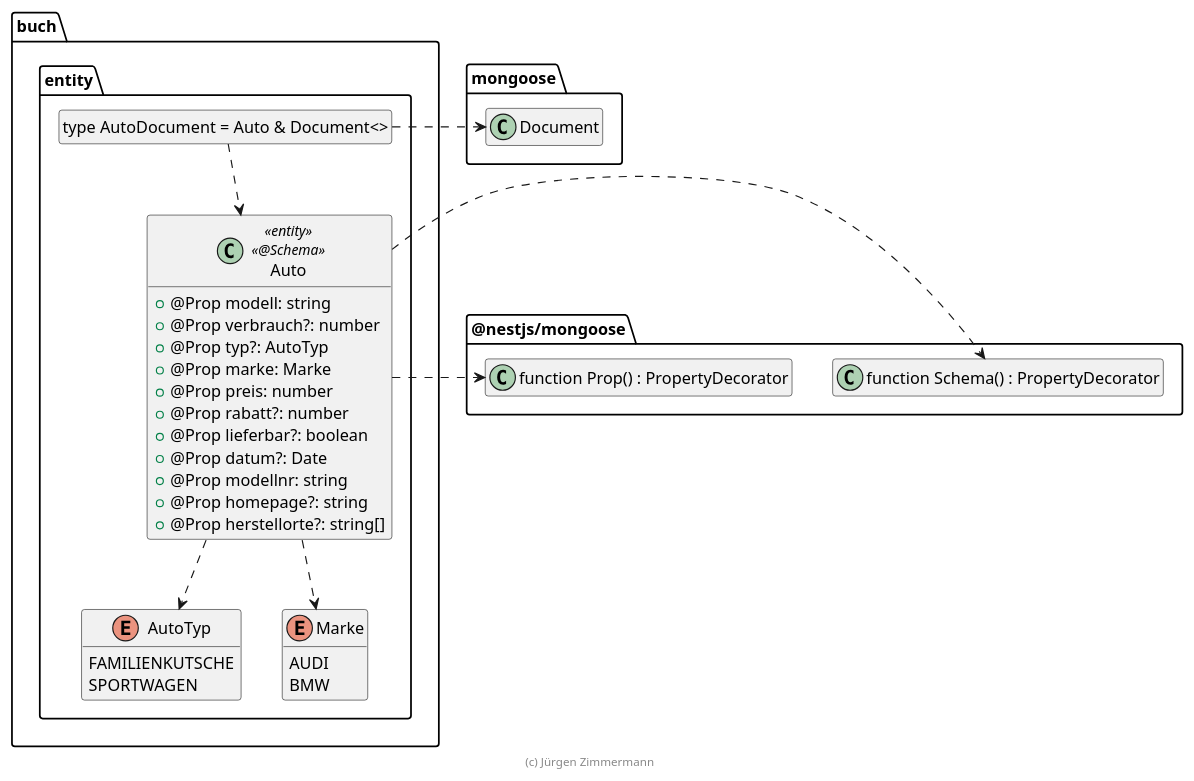
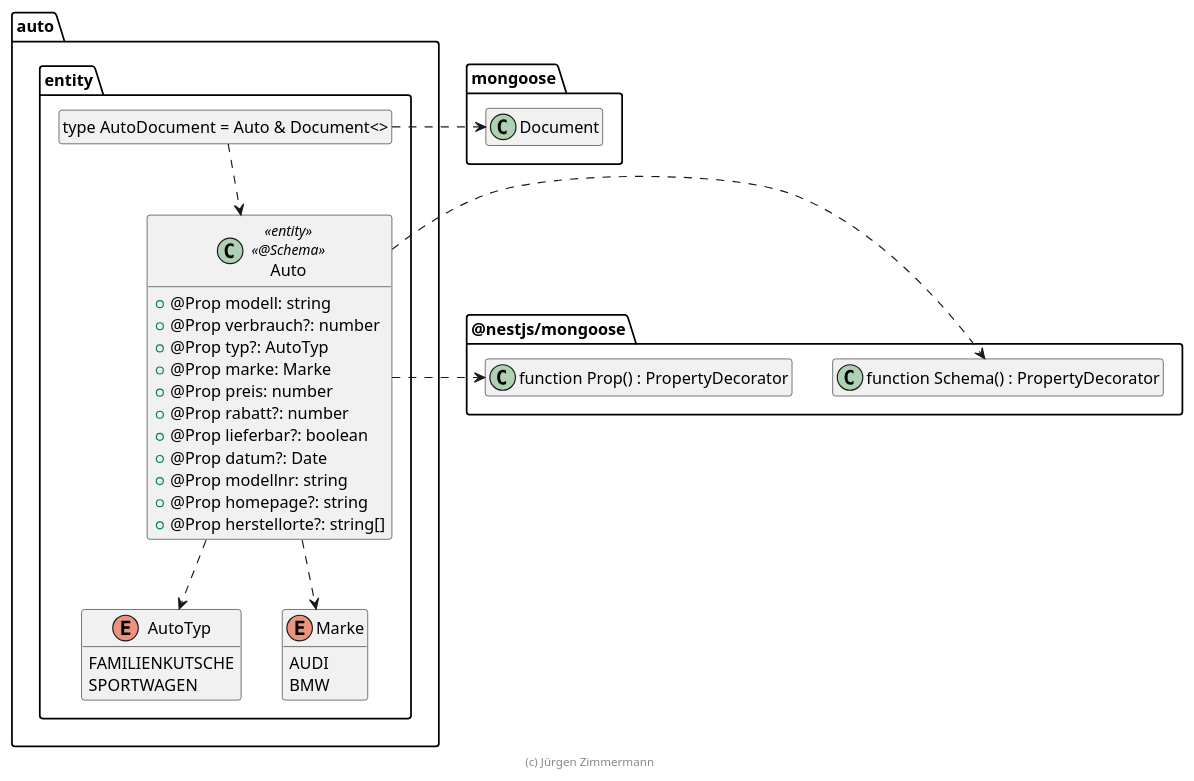
Before and after one commit to jensettl/nest_swe: the diagram in extras/doc/entwicklerhandbuch/Auto.puml, drawn with PlantUML. The commit also changed 2 other files, not shown here.

```diff
--- a/extras/doc/entwicklerhandbuch/Auto.puml
+++ b/extras/doc/entwicklerhandbuch/Auto.puml
@@ -15,56 +15,56 @@
 @startuml Entity
 
 package @nestjs/mongoose {
   class "function Schema() : PropertyDecorator" as Schema
   class "function Prop() : PropertyDecorator" as Prop
 }
 
 package mongoose {
   class Document
 }
 
-package buch.entity {
+package auto.entity {
   class "type AutoDocument = Auto & Document<>" as AutoDocument
   hide AutoDocument circle
 
   AutoDocument ..> Auto
   AutoDocument .right.> Document
 
   class Auto
 
   Auto .right.> Schema
   Auto .right.> Prop
 
   Auto ..> AutoTyp
   Auto ..> Marke
 
   enum AutoTyp {
     FAMILIENKUTSCHE
     SPORTWAGEN
   }
 
   enum Marke {
     AUDI
     BMW
   }
 
   class Auto <<entity>> <<@Schema>> {
     + @Prop modell: string
     + @Prop verbrauch?: number
     + @Prop typ?: AutoTyp
     + @Prop marke: Marke
     + @Prop preis: number
     + @Prop rabatt?: number
     + @Prop lieferbar?: boolean
     + @Prop datum?: Date
     + @Prop modellnr: string
     + @Prop homepage?: string
     + @Prop herstellorte?: string[]
   }
 }
 
 hide empty members
 
 footer (c) Jürgen Zimmermann
 
 @enduml
```
